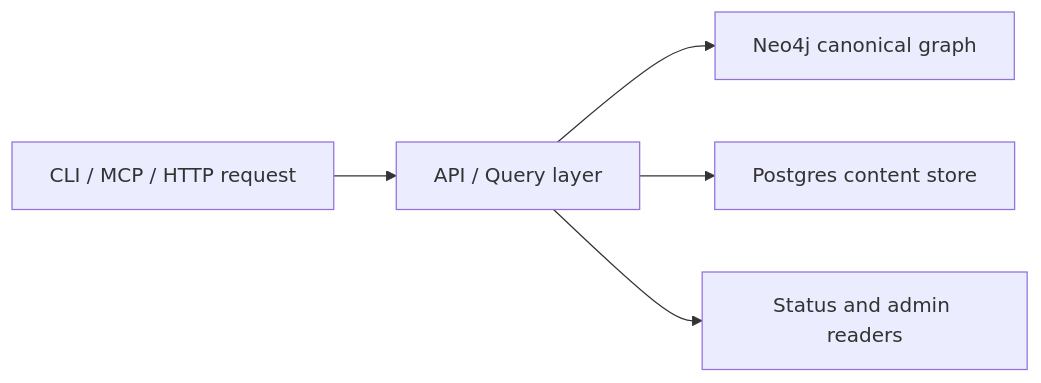
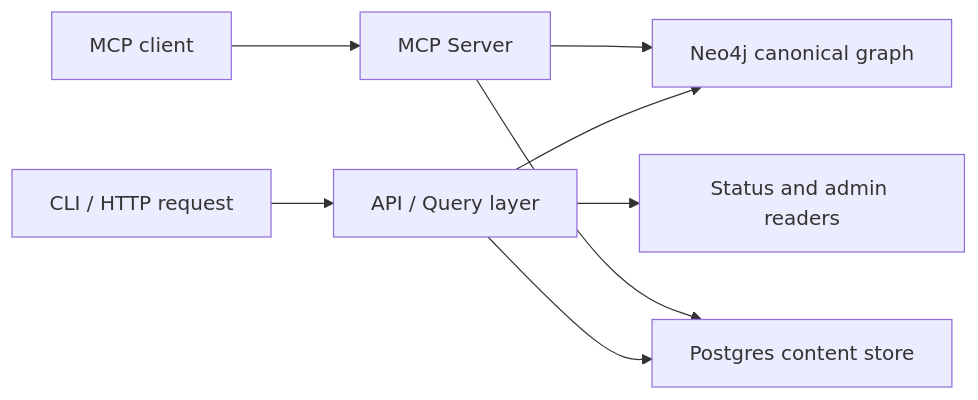
The third of 3 diagrams in docs/docs/architecture.md (platformcontext/platform-context-graph), drawn with Mermaid before and after one commit. The commit also changed other lines of this file and 2 other files, not shown here.

````diff
--- a/docs/docs/architecture.md
+++ b/docs/docs/architecture.md
@@ -170,7 +189,10 @@
 ```mermaid
 flowchart LR
-  A["CLI / MCP / HTTP request"] --> B["API / Query layer"]
+  A["CLI / HTTP request"] --> B["API / Query layer"]
+  F["MCP client"] --> G["MCP Server"]
   B --> C["Neo4j canonical graph"]
   B --> D["Postgres content store"]
   B --> E["Status and admin readers"]
+  G --> C
+  G --> D
 ```
````
